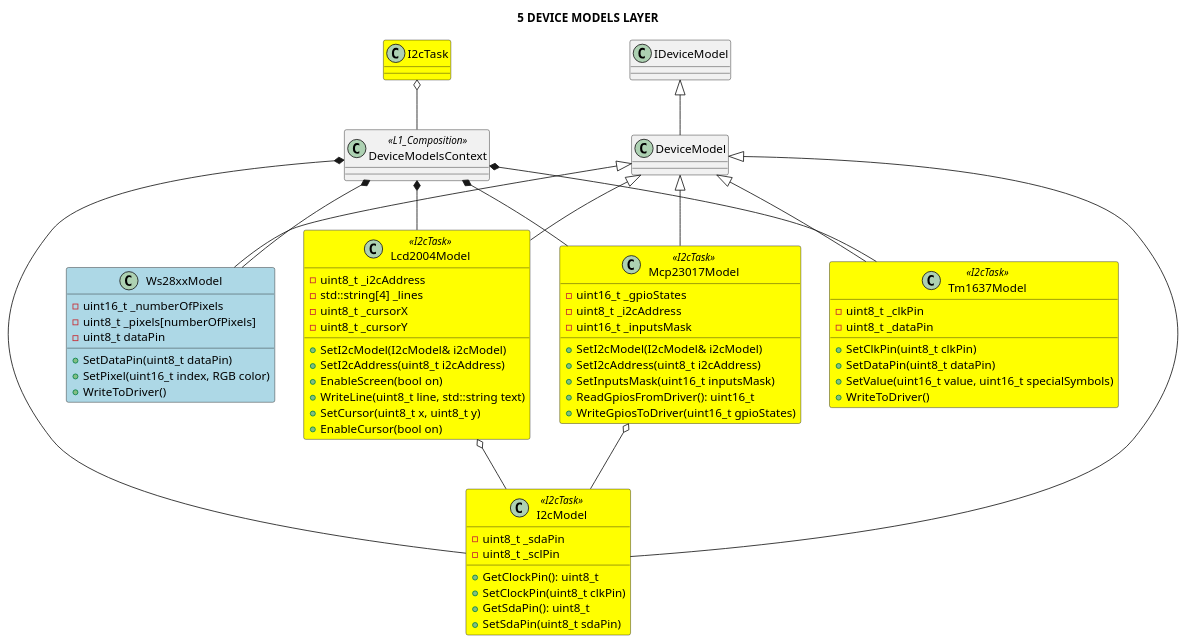
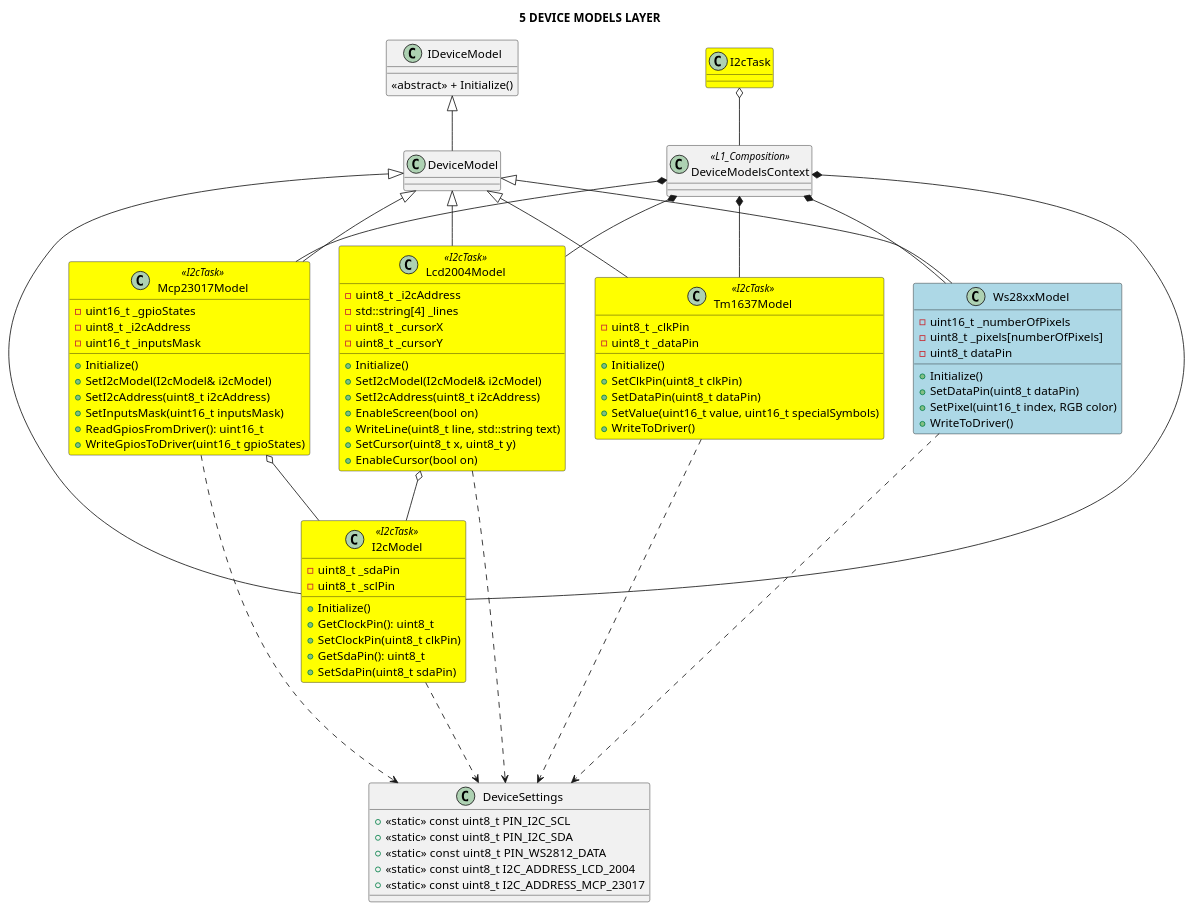
The diagram in Docs/Software Design/Layers/L5_device_models_layer.puml (michelkeijzers/fraxis), drawn with PlantUML before and after one commit. The commit also changed 28 other files, not shown here.

```diff
--- a/Docs/Software Design/Layers/L5_device_models_layer.puml
+++ b/Docs/Software Design/Layers/L5_device_models_layer.puml
@@ -1,103 +1,127 @@
 @startuml
 
 title 5 DEVICE MODELS LAYER
 
 skinparam packageStyle rectangle
 skinparam lineThickness 2
 
+class DeviceSettings
+{
+    + <<static>> const uint8_t PIN_I2C_SCL
+    + <<static>> const uint8_t PIN_I2C_SDA
+    + <<static>> const uint8_t PIN_WS2812_DATA
+    + <<static>> const uint8_t I2C_ADDRESS_LCD_2004
+    + <<static>> const uint8_t I2C_ADDRESS_MCP_23017
+
+
+}
+
 class DeviceModelsContext <<L1_Composition>>
 {
 }
 
 class IDeviceModel
 {
+    <<abstract>> + Initialize()
 }
 
 class DeviceModel 
 {
 }
 
 DeviceModel -u-|> IDeviceModel
 
 class Ws28xxModel #lightblue
 {
     - uint16_t _numberOfPixels
     - uint8_t _pixels[numberOfPixels]
     - uint8_t dataPin
+    + Initialize()
     + SetDataPin(uint8_t dataPin)
     + SetPixel(uint16_t index, RGB color)
     + WriteToDriver()
 }
 
 Ws28xxModel -u-|> DeviceModel
 
 class I2cTask #yellow
 {
 }
 
 class I2cModel <<I2cTask>> #yellow
 {
     - uint8_t _sdaPin 
     - uint8_t _sclPin 
+    + Initialize()
     + GetClockPin(): uint8_t
     + SetClockPin(uint8_t clkPin)
     + GetSdaPin(): uint8_t
     + SetSdaPin(uint8_t sdaPin)
 }
 
 I2cModel -u-|> DeviceModel
 
 class Mcp23017Model <<I2cTask>> #yellow
 {
     - uint16_t _gpioStates
     - uint8_t _i2cAddress
     - uint16_t _inputsMask
+    + Initialize()
     + SetI2cModel(I2cModel& i2cModel)
     + SetI2cAddress(uint8_t i2cAddress) 
     + SetInputsMask(uint16_t inputsMask)
     + ReadGpiosFromDriver(): uint16_t
     + WriteGpiosToDriver(uint16_t gpioStates)
 }
 
 Mcp23017Model -u-|> DeviceModel
 
 Mcp23017Model o-- I2cModel
 
 class Tm1637Model <<I2cTask>> #yellow
 {
     - uint8_t _clkPin
     - uint8_t _dataPin
+    + Initialize()
     + SetClkPin(uint8_t clkPin)
     + SetDataPin(uint8_t dataPin)
     + SetValue(uint16_t value, uint16_t specialSymbols)
     + WriteToDriver()
 }
 
 Tm1637Model -u-|> DeviceModel
 
 class Lcd2004Model <<I2cTask>> #yellow
 {
     - uint8_t _i2cAddress
     - std::string[4] _lines
     - uint8_t _cursorX
     - uint8_t _cursorY
+    + Initialize()
     + SetI2cModel(I2cModel& i2cModel)
     + SetI2cAddress(uint8_t i2cAddress) 
     + EnableScreen(bool on)
     + WriteLine(uint8_t line, std::string text)
     + SetCursor(uint8_t x, uint8_t y)
     + EnableCursor(bool on)
 }
 
 Lcd2004Model o-- I2cModel
 
 Lcd2004Model -u-|> DeviceModel
 
 DeviceModelsContext *-- Ws28xxModel
 DeviceModelsContext *-- I2cModel 
 DeviceModelsContext *-- Mcp23017Model
 DeviceModelsContext *-- Tm1637Model
 DeviceModelsContext *-- Lcd2004Model
 
 I2cTask o-- DeviceModelsContext
+
+Ws28xxModel ..> DeviceSettings
+I2cModel ..-> DeviceSettings
+Mcp23017Model ..> DeviceSettings
+Lcd2004Model ..> DeviceSettings
+Tm1637Model ..> DeviceSettings
+
 @enduml
```
